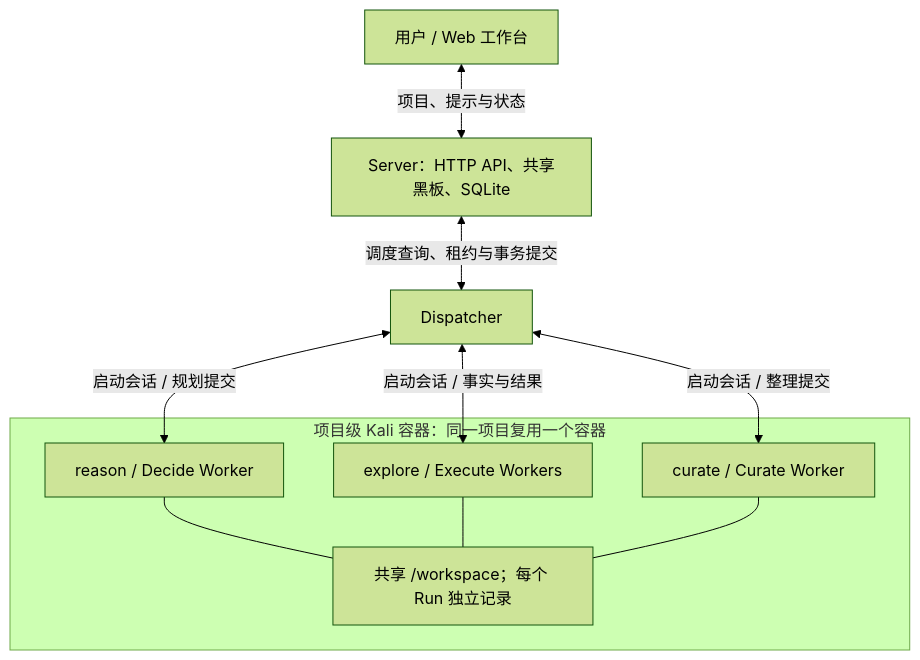
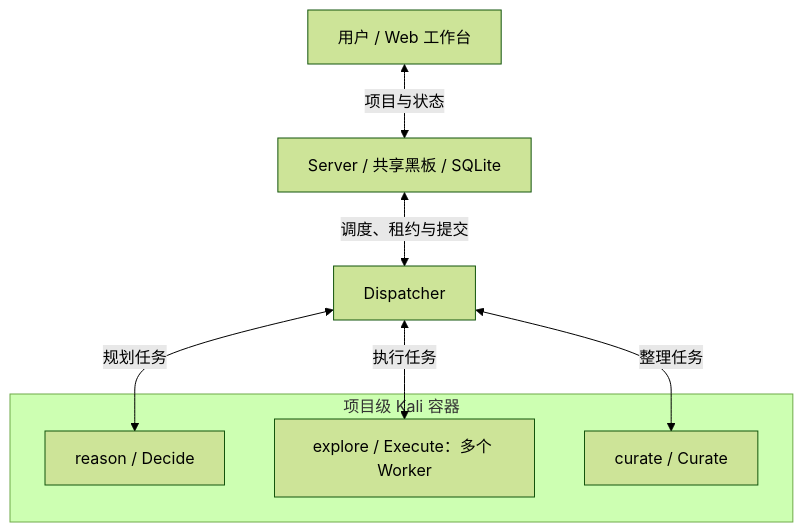
The diagram in README.md (do-whilefor/PwnMesh), drawn with Mermaid (forest theme) before and after one commit. The commit also changed other lines of this file, not shown here.

````diff
--- a/README.md
+++ b/README.md
@@ -48,17 +37,13 @@
 ```mermaid
 flowchart TB
-    U["用户 / Web 工作台"] <-->|"项目、提示与状态"| S["Server：HTTP API、共享黑板、SQLite"]
-    S <-->|"调度查询、租约与事务提交"| D["Dispatcher"]
-    subgraph P["项目级 Kali 容器：同一项目复用一个容器"]
-        R["reason / Decide Worker"]
-        E["explore / Execute Workers"]
-        C["curate / Curate Worker"]
-        W["共享 /workspace；每个 Run 独立记录"]
-        R --- W
-        E --- W
-        C --- W
+    U["用户 / Web 工作台"] <-->|"项目与状态"| S["Server / 共享黑板 / SQLite"]
+    S <-->|"调度、租约与提交"| D["Dispatcher"]
+    subgraph P["项目级 Kali 容器"]
+        R["reason / Decide"]
+        E["explore / Execute：多个 Worker"]
+        C["curate / Curate"]
     end
-    D <-->|"启动会话 / 规划提交"| R
-    D <-->|"启动会话 / 事实与结果"| E
-    D <-->|"启动会话 / 整理提交"| C
+    D <-->|"规划任务"| R
+    D <-->|"执行任务"| E
+    D <-->|"整理任务"| C
 ```
````
